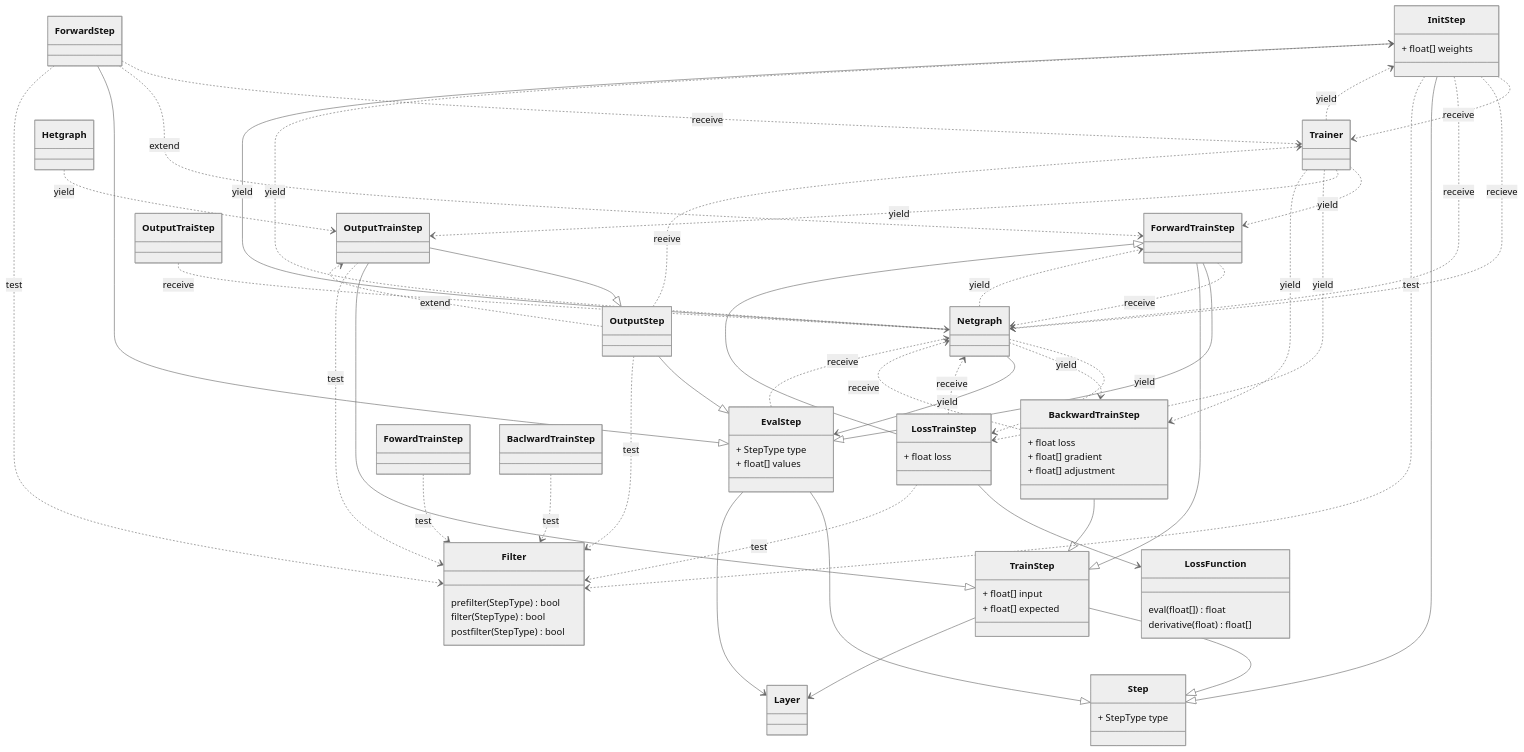
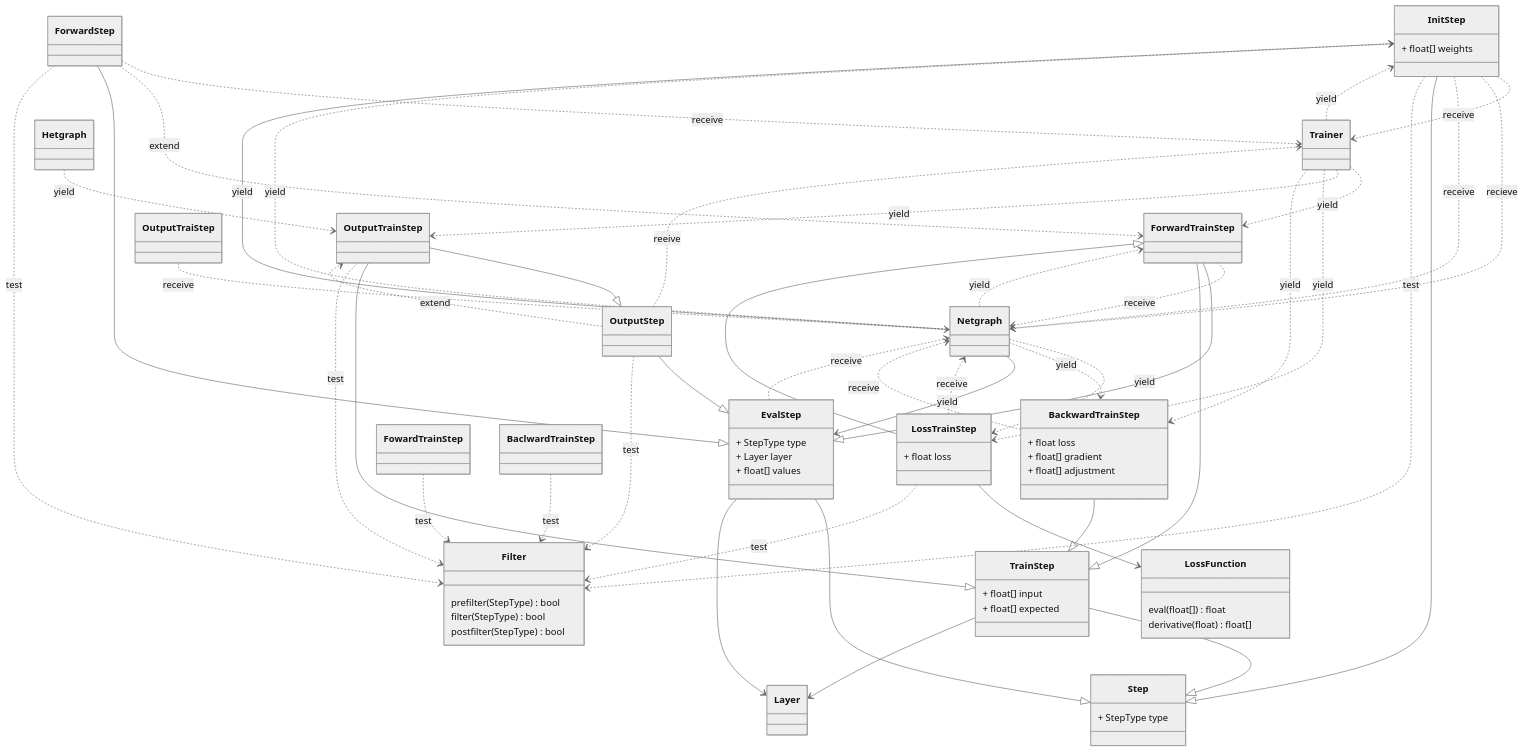
Before and after one commit to BobKerns/back-propagation: the diagram in doc/steps.md, drawn with Mermaid (neutral theme). The commit also changed 5 other files, not shown here.

Commit message:
Doc diagram updates.

```diff
--- a/doc/steps.md
+++ b/doc/steps.md
@@ -36,6 +36,7 @@
   }
   class EvalStep {
     + StepType type
+    + Layer layer
     + float[] values
   }
   class ForwardStep {
```
